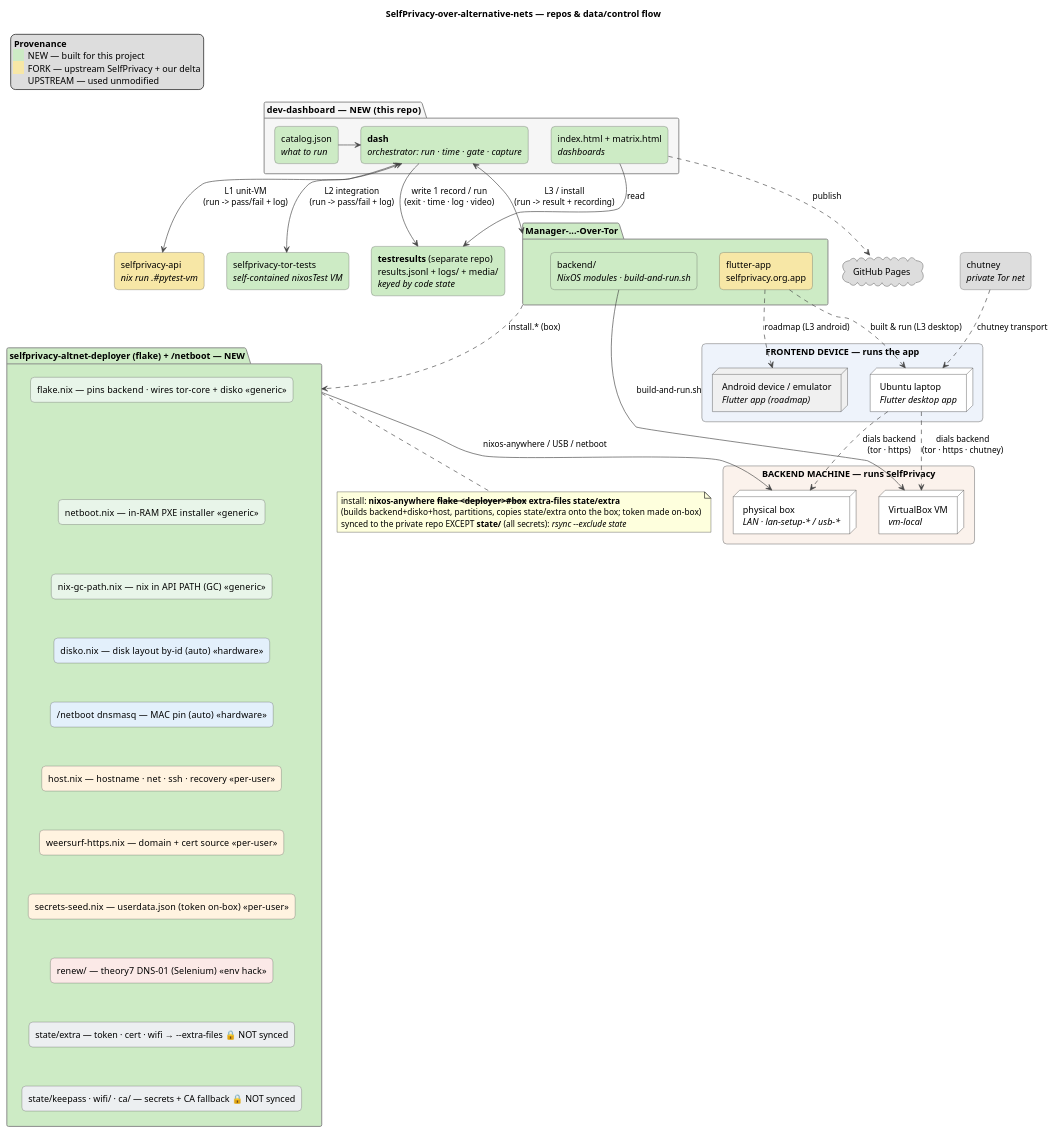
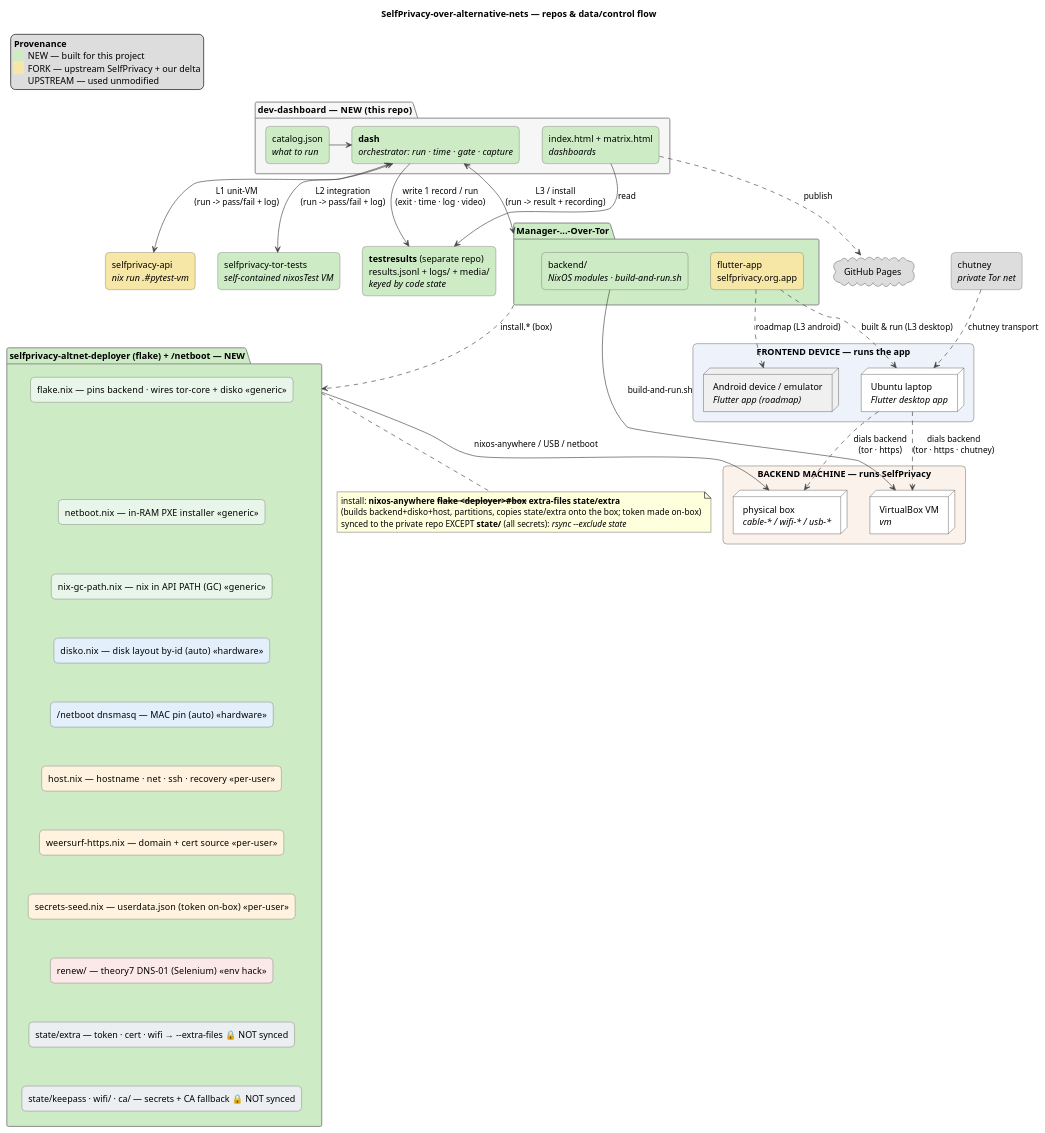
One commit to selfprivacy-over-alternative-nets/dev-dashboard changed the diagram in docs/architecture.puml. Above: the diagram before and after it, drawn with PlantUML. The commit also changed 28 other files, not shown here.

First line of the commit message:
dashboard: test matrix aligned with the setup diagram (setups = method-net, reach rows, alignment gate, greyed reaches; reqs 168-184, FR117) + VM L3 harness fixes; setup-map edits

```diff
--- a/docs/architecture.puml
+++ b/docs/architecture.puml
@@ -1,107 +1,107 @@
 @startuml architecture
 ' SelfPrivacy-over-alternative-nets — repos and how they connect.
 ' Rendered deterministically to architecture.svg by docs/render-diagrams.sh (pinned plantuml).
 title SelfPrivacy-over-alternative-nets — repos & data/control flow
 
 skinparam shadowing false
 skinparam defaultFontName Helvetica
 skinparam ArrowColor #444444
 skinparam rectangle {
   BorderColor #555555
   roundCorner 12
 }
 skinparam package {
   BorderColor #888888
   BackgroundColor #F6F6F6
 }
 
 legend top left
 <b>Provenance</b>
 <back:#CDEBC5>    </back>  NEW — built for this project
 <back:#F7E7A6>    </back>  FORK — upstream SelfPrivacy + our delta
 <back:#DDDDDD>    </back>  UPSTREAM — used unmodified
 endlegend
 
 package "dev-dashboard  —  NEW (this repo)" {
   rectangle "catalog.json\n<i>what to run</i>" as cat #CDEBC5
   rectangle "<b>dash</b>\n<i>orchestrator: run · time · gate · capture</i>" as dash #CDEBC5
   rectangle "index.html + matrix.html\n<i>dashboards</i>" as ui #CDEBC5
 }
 
 rectangle "<b>testresults</b> (separate repo)\nresults.jsonl + logs/ + media/\n<i>keyed by code state</i>" as tr #CDEBC5
 cloud "GitHub Pages" as pages #DDDDDD
 
 cat -right-> dash
 dash --> tr : write 1 record / run\n(exit · time · log · video)
 ui --> tr : read
 ui ..> pages : publish
 
 package "Manager-...-Over-Tor" as mgr #CDEBC5 {
   rectangle "backend/\n<i>NixOS modules · build-and-run.sh</i>" as backend #CDEBC5
   rectangle "flutter-app\nselfprivacy.org.app" as app #F7E7A6
 }
 rectangle "selfprivacy-api\n<i>nix run .#pytest-vm</i>" as api #F7E7A6
 rectangle "selfprivacy-tor-tests\n<i>self-contained nixosTest VM</i>" as tests #CDEBC5
 
 ' dev-dashboard RUNS each target and CAPTURES its result (exit/log/video) → then writes the record.
 dash <--> api    : L1 unit-VM\n(run -> pass/fail + log)
 dash <--> tests  : L2 integration\n(run -> pass/fail + log)
 dash <--> mgr    : L3 / install\n(run -> result + recording)
 
 ' The deployer, expanded by what each piece VARIES BY (ordered generic → hardware → per-user → env):
 ' generic = reusable as-is; hardware = auto-adapted per device; per-user = inputs per install;
 ' env = environment-specific workaround. Scaling = shrink everything below «generic» to auto/inputs.
 ' A vertically-stacked "skyscraper": one FLOOR per element, top→bottom, colour-banded by what it
 ' VARIES BY (green=generic/reusable · blue=hardware/auto · amber=per-user/input · red=env hack ·
 ' grey=state/secrets, NOT synced). Hidden edges force the vertical stack.
 package "selfprivacy-altnet-deployer (flake) + ~/netboot — NEW" as deploy #CDEBC5 {
   rectangle "flake.nix — pins backend · wires tor-core + disko   «generic»" as f1 #E8F5E9
   rectangle "netboot.nix — in-RAM PXE installer   «generic»" as f2 #E8F5E9
   rectangle "nix-gc-path.nix — nix in API PATH (GC)   «generic»" as f3 #E8F5E9
   rectangle "disko.nix — disk layout by-id (auto)   «hardware»" as f4 #E3F0FB
   rectangle "~/netboot dnsmasq — MAC pin (auto)   «hardware»" as f5 #E3F0FB
   rectangle "host.nix — hostname · net · ssh · recovery   «per-user»" as f6 #FFF3E0
   rectangle "weersurf-https.nix — domain + cert source   «per-user»" as f7 #FFF3E0
   rectangle "secrets-seed.nix — userdata.json (token on-box)   «per-user»" as f8 #FFF3E0
   rectangle "renew/ — theory7 DNS-01 (Selenium)   «env hack»" as f9 #FBE9E7
   rectangle "state/extra — token · cert · wifi → --extra-files   🔒 NOT synced" as f10 #ECEFF1
   rectangle "state/keepass · wifi/ · ca/ — secrets + CA fallback   🔒 NOT synced" as f11 #ECEFF1
   f1 -[hidden]down-> f2
   f2 -[hidden]down-> f3
   f3 -[hidden]down-> f4
   f4 -[hidden]down-> f5
   f5 -[hidden]down-> f6
   f6 -[hidden]down-> f7
   f7 -[hidden]down-> f8
   f8 -[hidden]down-> f9
   f9 -[hidden]down-> f10
   f10 -[hidden]down-> f11
 }
 note bottom of deploy
   install: <b>nixos-anywhere --flake <deployer>#box --extra-files state/extra</b>
   (builds backend+disko+host, partitions, copies state/extra onto the box; token made on-box)
   synced to the private repo EXCEPT <b>state/</b> (all secrets): <i>rsync --exclude state</i>
 end note
 rectangle "chutney\n<i>private Tor net</i>" as chut #DDDDDD
 
 ' The app (a repo) is BUILT and RUN on a FRONTEND DEVICE — kept distinct from the BACKEND MACHINE
 ' that runs SelfPrivacy. L3 pairs one of each; the app dials the backend over a transport.
 rectangle "FRONTEND DEVICE — runs the app" as FE #EEF3FB {
   node "Ubuntu laptop\n<i>Flutter desktop app</i>" as fedesk #FFFFFF
   node "Android device / emulator\n<i>Flutter app (roadmap)</i>" as feandroid #F0F0F0
 }
 rectangle "BACKEND MACHINE — runs SelfPrivacy" as BE #FBF2EC {
-  node "VirtualBox VM\n<i>vm-local</i>" as vm #FFFFFF
-  node "physical box\n<i>LAN · lan-setup-* / usb-*</i>" as box #FFFFFF
+  node "VirtualBox VM\n<i>vm</i>" as vm #FFFFFF
+  node "physical box\n<i>cable-* / wifi-* / usb-*</i>" as box #FFFFFF
 }
 
 app ..> fedesk    : built & run (L3 desktop)
 app ..> feandroid : roadmap (L3 android)
 backend --> vm    : build-and-run.sh
 deploy  --> box   : nixos-anywhere / USB / netboot
 mgr     ..> deploy : install.* (box)
 fedesk ..> vm     : dials backend\n(tor · https · chutney)
 fedesk ..> box    : dials backend\n(tor · https)
 chut ..> fedesk   : chutney transport
 
 @enduml
```
